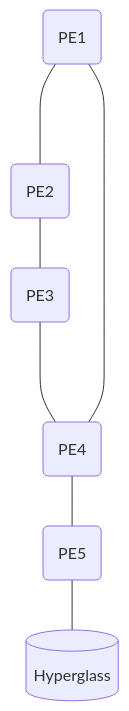
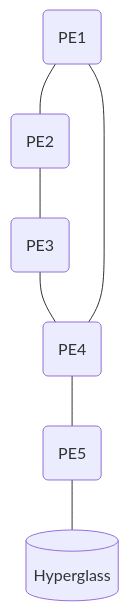
Before and after one commit to eidsivabredband/hyperglass-on-ubuntu: the diagram in README.md, drawn with Mermaid. The commit also changed other lines of this file, not shown here.

````diff
--- a/README.md
+++ b/README.md
@@ -70,10 +70,10 @@
 ```mermaid
 flowchart TD
-  A(PE1) ---- B(PE2)
+  A(PE1) --- B(PE2)
   B --- C(PE3)
-  C ---- D(PE4)
+  C --- D(PE4)
   D --- A
   D --- E(PE5)
   E --- F[(Hyperglass)]
   
 ```
````
